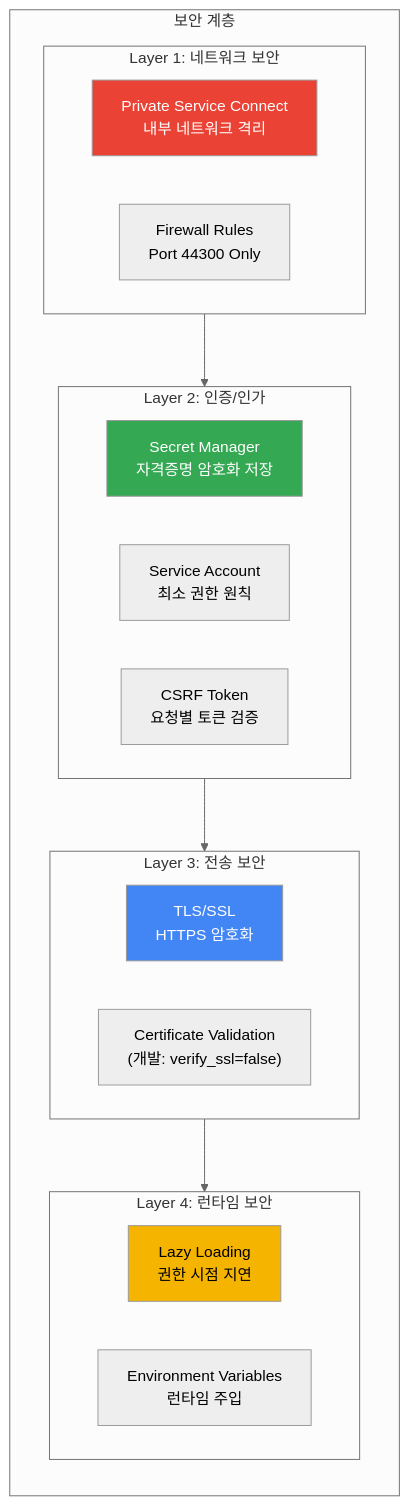
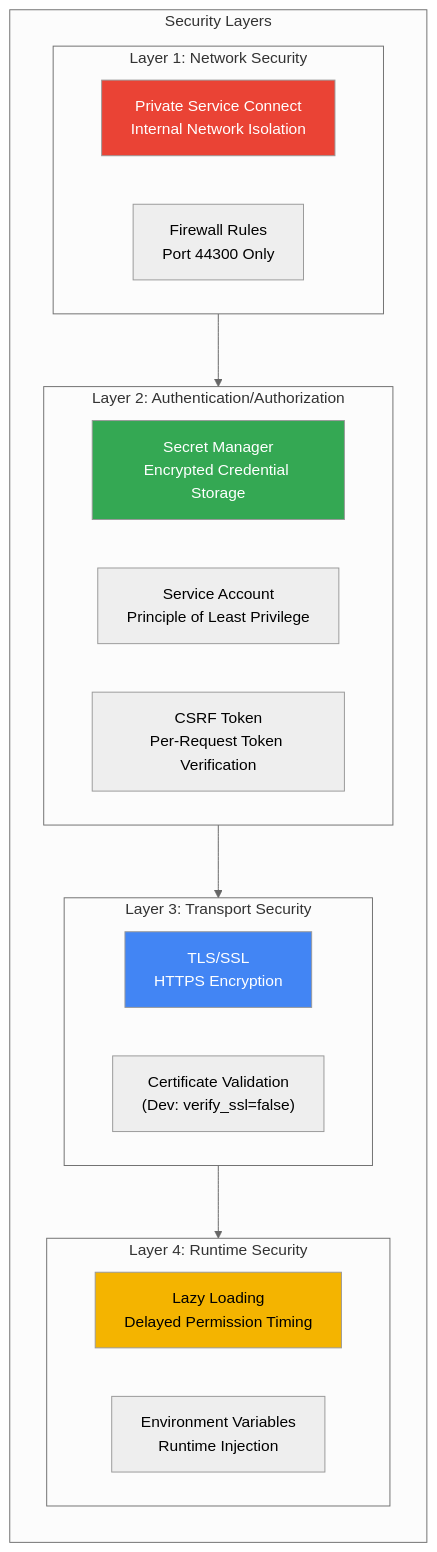
One commit to midasol/sap-adk-agent changed the fifth of 9 diagrams in README.md. Above: the diagram before and after it, drawn with Mermaid (neutral theme). The commit also changed other lines of this file and 5 other files, not shown here.

````diff
--- a/README.md
+++ b/README.md
@@ -272,34 +272,34 @@
 ```mermaid
 flowchart LR
-    subgraph SecurityLayers["보안 계층"]
+    subgraph SecurityLayers["Security Layers"]
         direction TB
 
-        subgraph L1["Layer 1: 네트워크 보안"]
-            PSC["Private Service Connect<br/>내부 네트워크 격리"]
+        subgraph L1["Layer 1: Network Security"]
+            PSC["Private Service Connect<br/>Internal Network Isolation"]
             FW["Firewall Rules<br/>Port 44300 Only"]
         end
 
-        subgraph L2["Layer 2: 인증/인가"]
-            SM["Secret Manager<br/>자격증명 암호화 저장"]
-            SA["Service Account<br/>최소 권한 원칙"]
-            CSRF["CSRF Token<br/>요청별 토큰 검증"]
+        subgraph L2["Layer 2: Authentication/Authorization"]
+            SM["Secret Manager<br/>Encrypted Credential Storage"]
+            SA["Service Account<br/>Principle of Least Privilege"]
+            CSRF["CSRF Token<br/>Per-Request Token Verification"]
         end
 
-        subgraph L3["Layer 3: 전송 보안"]
-            TLS["TLS/SSL<br/>HTTPS 암호화"]
-            CERT["Certificate Validation<br/>(개발: verify_ssl=false)"]
+        subgraph L3["Layer 3: Transport Security"]
+            TLS["TLS/SSL<br/>HTTPS Encryption"]
+            CERT["Certificate Validation<br/>(Dev: verify_ssl=false)"]
         end
 
-        subgraph L4["Layer 4: 런타임 보안"]
-            LAZY["Lazy Loading<br/>권한 시점 지연"]
-            ENV["Environment Variables<br/>런타임 주입"]
+        subgraph L4["Layer 4: Runtime Security"]
+            LAZY["Lazy Loading<br/>Delayed Permission Timing"]
+            ENV["Environment Variables<br/>Runtime Injection"]
         end
     end
 
     L1 --> L2 --> L3 --> L4
 
     style PSC fill:#ea4335,color:#fff
     style SM fill:#34a853,color:#fff
     style TLS fill:#4285f4,color:#fff
     style LAZY fill:#f4b400,color:#000
 ```
````
